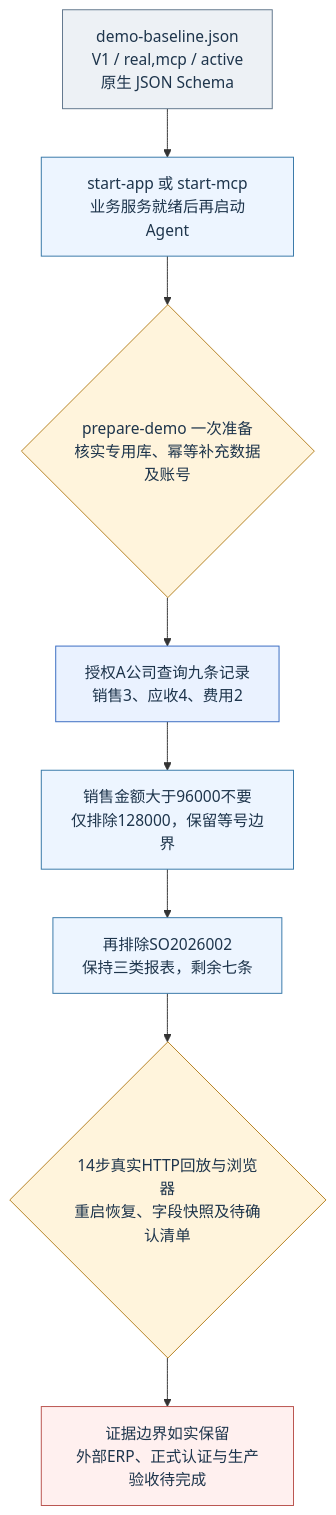
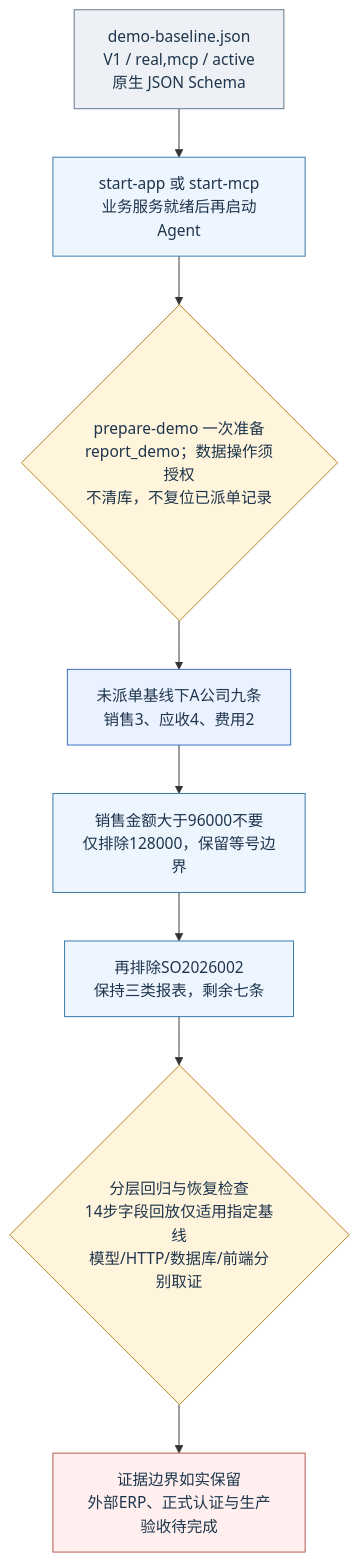
Before and after one commit to QSZJAVA/agent_demo: the diagram in docs/diagrams/demo-final/08.mmd, drawn with Mermaid. The commit also changed 62 other files, not shown here.

```diff
--- a/docs/diagrams/demo-final/08.mmd
+++ b/docs/diagrams/demo-final/08.mmd
@@ -1,23 +1,23 @@
 flowchart TD
   manifest["demo-baseline.json<br/>V1 / real,mcp / active<br/>原生 JSON Schema"]:::store
   start["start-app 或 start-mcp<br/>业务服务就绪后再启动Agent"]:::agent
-  prepare{"prepare-demo 一次准备<br/>核实专用库、幂等补充数据及账号"}:::guard
-  preview["授权A公司查询九条记录<br/>销售3、应收4、费用2"]:::ui
+  prepare{"prepare-demo 一次准备<br/>report_demo；数据操作须授权<br/>不清库，不复位已派单记录"}:::guard
+  preview["未派单基线下A公司九条<br/>销售3、应收4、费用2"]:::ui
   amount["销售金额大于96000不要<br/>仅排除128000，保留等号边界"]:::agent
   document["再排除SO2026002<br/>保持三类报表，剩余七条"]:::agent
-  verify{"14步真实HTTP回放与浏览器<br/>重启恢复、字段快照及待确认清单"}:::guard
+  verify{"分层回归与恢复检查<br/>14步字段回放仅适用指定基线<br/>模型/HTTP/数据库/前端分别取证"}:::guard
   limits["证据边界如实保留<br/>外部ERP、正式认证与生产验收待完成"]:::error
   manifest --> start
   start --> prepare
   prepare --> preview
   preview --> amount
   amount --> document
   document --> verify
   verify --> limits
   classDef ui fill:#eaf2ff,stroke:#386bc1,color:#1e354c
   classDef agent fill:#edf5ff,stroke:#3778a8,color:#1e354c
   classDef model fill:#f3edff,stroke:#8751bf,color:#1e354c
   classDef business fill:#e8f7ef,stroke:#268255,color:#1e354c
   classDef guard fill:#fff4dc,stroke:#b58022,color:#1e354c
   classDef error fill:#fff0ef,stroke:#ba534e,color:#1e354c
   classDef store fill:#edf1f5,stroke:#60768b,color:#1e354c
```
